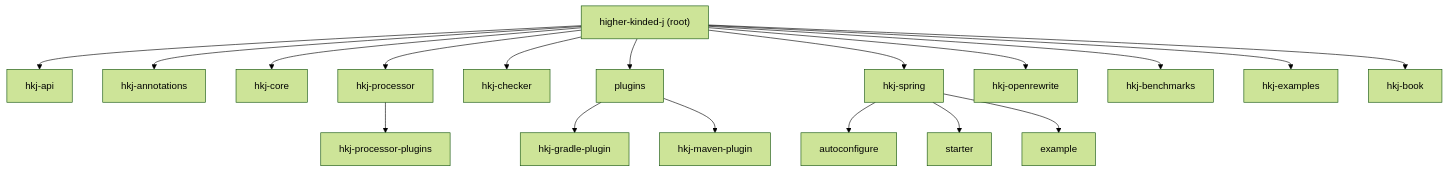
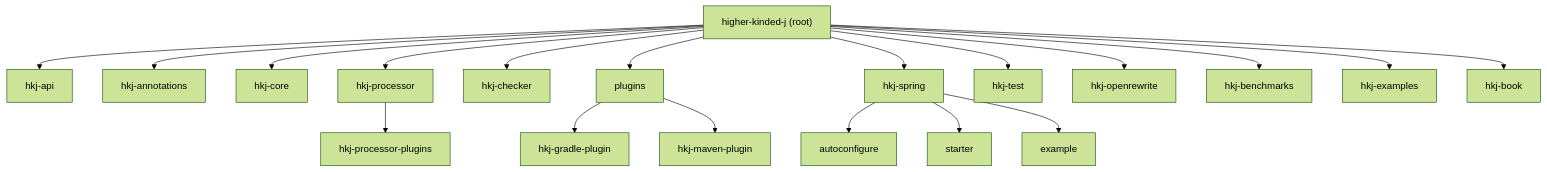
The diagram in README.md (higher-kinded-j/higher-kinded-j), drawn with Mermaid (forest theme) before and after one commit. The commit also changed other lines of this file and 164 other files, not shown here.

First line of the commit message:
Issue #407: ship hkj-test module with custom AssertJ assertions (#511)

````diff
--- a/README.md
+++ b/README.md
@@ -419,20 +445,21 @@
 ```mermaid
 graph TD;
     root["higher-kinded-j (root)"] --> hkj_api["hkj-api"];
     root --> hkj_annotations["hkj-annotations"];
     root --> hkj_core["hkj-core"];
     root --> hkj_processor["hkj-processor"];
     hkj_processor --> hkj_processor_plugins["hkj-processor-plugins"];
     root --> hkj_checker["hkj-checker"];
     root --> plugins["plugins"];
     plugins --> hkj_gradle_plugin["hkj-gradle-plugin"];
     plugins --> hkj_maven_plugin["hkj-maven-plugin"];
     root --> hkj_spring["hkj-spring"];
     hkj_spring --> hkj_spring_autoconfigure["autoconfigure"];
     hkj_spring --> hkj_spring_starter["starter"];
     hkj_spring --> hkj_spring_example["example"];
+    root --> hkj_test["hkj-test"];
     root --> hkj_openrewrite["hkj-openrewrite"];
     root --> hkj_benchmarks["hkj-benchmarks"];
     root --> hkj_examples["hkj-examples"];
     root --> hkj_book["hkj-book"];
 ```
````
